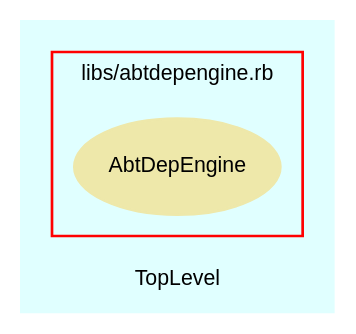
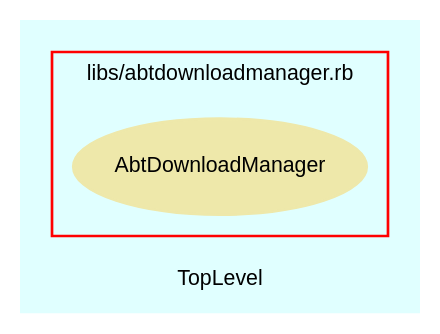
Before and after one commit to eschabell/abtlinux: the diagram in src/trunk/doc/dot/f_0.dot, drawn with Graphviz. The commit also changed 16 other files, not shown here.

```diff
--- a/src/trunk/doc/dot/f_0.dot
+++ b/src/trunk/doc/dot/f_0.dot
@@ -1,28 +1,28 @@
 digraph TopLevel {
     compound = true
     bgcolor = lightcyan1
     fontname = Arial
     fontsize = 8
     label = "TopLevel"
     node [
         fontname = Arial,
         fontsize = 8,
         color = black
     ]
 
     subgraph cluster_1 {
         fontname = Arial
         color = red
-        label = "libs/abtdepengine.rb"
-        AbtDepEngine [
+        label = "libs/abtdownloadmanager.rb"
+        AbtDownloadManager [
             fontcolor = black,
-            URL = "classes/AbtDepEngine.html",
+            URL = "classes/AbtDownloadManager.html",
             shape = ellipse,
             color = palegoldenrod,
             style = filled,
-            label = "AbtDepEngine"
+            label = "AbtDownloadManager"
         ]
 
     }
 
 }
```
